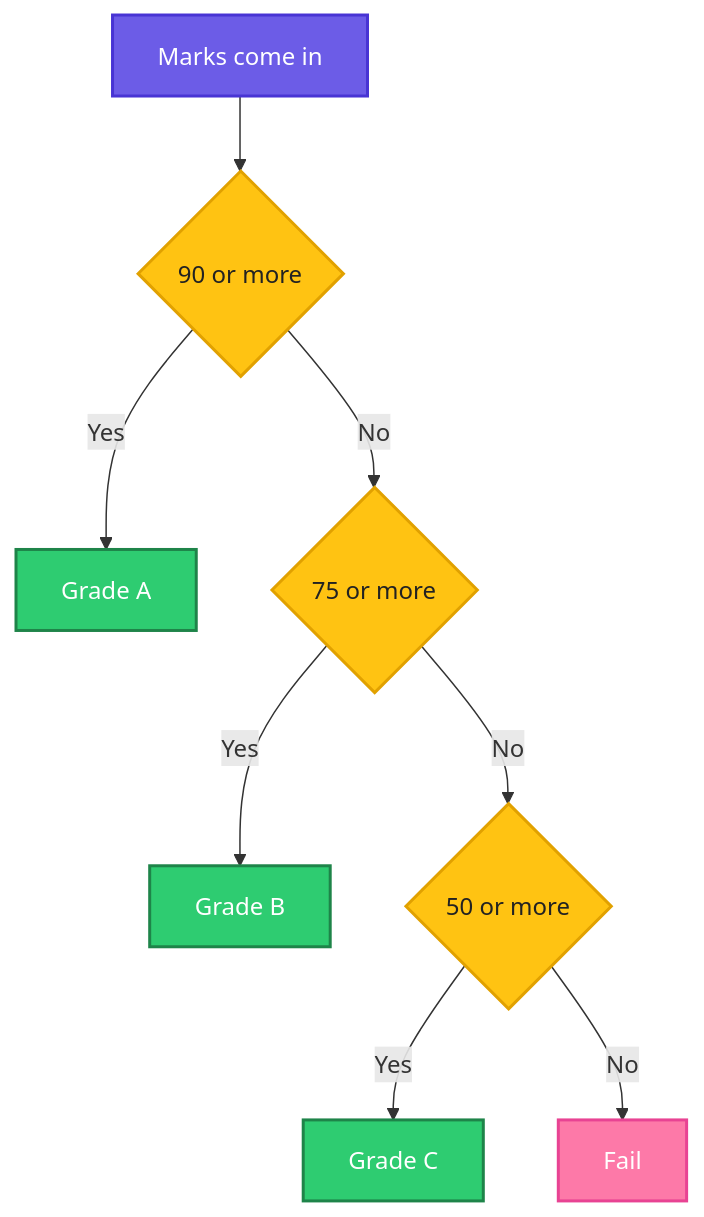
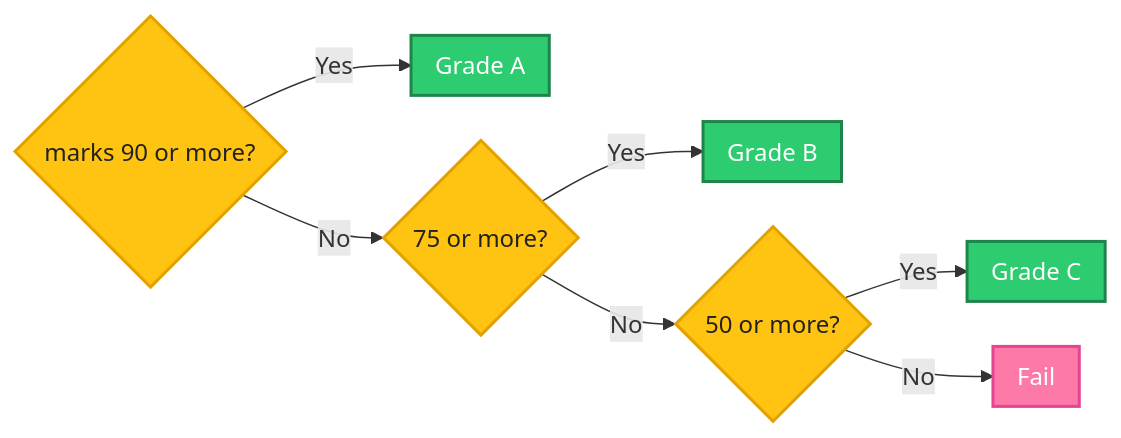
The second of 2 diagrams in shell-script/06-if-conditions.md (codeKerdosTech/DevOps-Documentation), drawn with Mermaid before and after one commit. The commit also changed other lines of this file and 10 other files, not shown here.

````diff
--- a/shell-script/06-if-conditions.md
+++ b/shell-script/06-if-conditions.md
@@ -281,18 +283,18 @@
 ```mermaid
-flowchart TD
-    A["Marks come in"] --> B{"90 or more"}
-    B -- Yes --> C["Grade A"]
-    B -- No --> D{"75 or more"}
-    D -- Yes --> E["Grade B"]
-    D -- No --> F{"50 or more"}
-    F -- Yes --> G["Grade C"]
-    F -- No --> H["Fail"]
+%%{init: {"flowchart": {"nodeSpacing": 30, "rankSpacing": 40, "wrappingWidth": 150, "padding": 8}}}%%
+flowchart LR
+    A{"marks 90 or more?"} -- Yes --> R1["Grade A"]
+    A -- No --> B{"75 or more?"}
+    B -- Yes --> R2["Grade B"]
+    B -- No --> C{"50 or more?"}
+    C -- Yes --> R3["Grade C"]
+    C -- No --> R4["Fail"]
     classDef start fill:#6C5CE7,stroke:#4834D4,stroke-width:2px,color:#fff
+    classDef proc fill:#00B8D9,stroke:#0087A8,stroke-width:2px,color:#fff
     classDef dec fill:#FFC312,stroke:#E1A100,stroke-width:2px,color:#222
     classDef ok fill:#2ECC71,stroke:#1E8449,stroke-width:2px,color:#fff
     classDef out fill:#FD79A8,stroke:#E84393,stroke-width:2px,color:#fff
-    class A start
-    class B,D,F dec
-    class C,E,G ok
-    class H out
+    class A,B,C dec
+    class R1,R2,R3 ok
+    class R4 out
 ```
````
